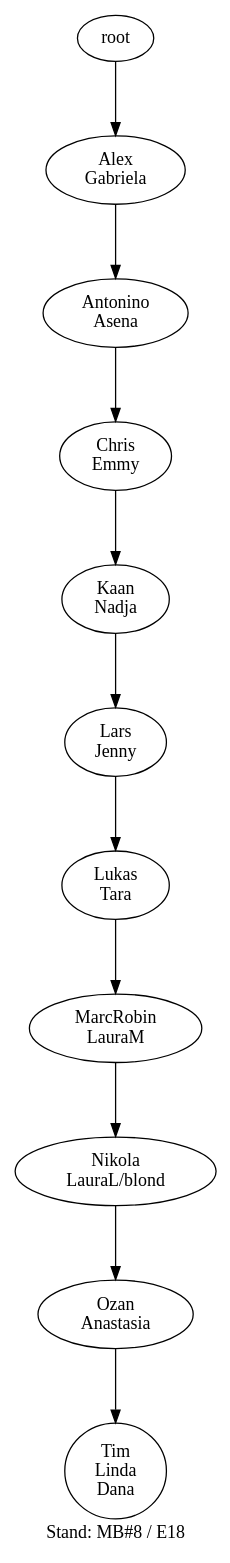
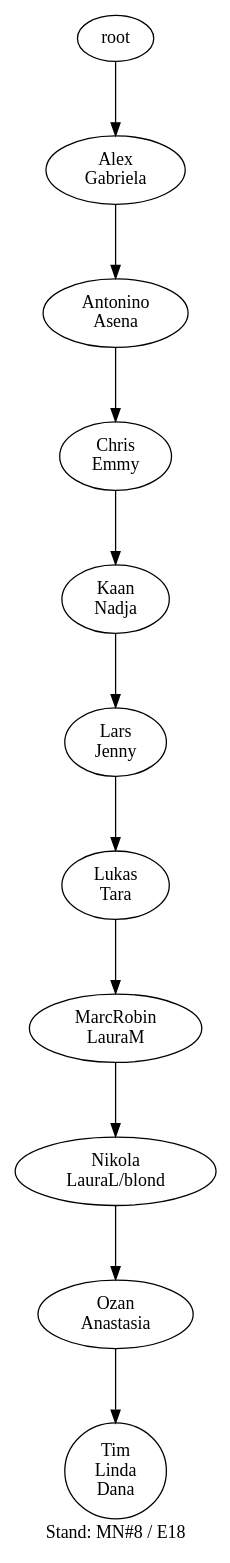
One commit to atticus-sullivan/sim-ayto changed the diagram in data/de04r/de04r_16_tree.dot. Above: the diagram before and after it, drawn with Graphviz. The commit also changed 88 other files, not shown here.

```diff
--- a/data/de04r/de04r_16_tree.dot
+++ b/data/de04r/de04r_16_tree.dot
@@ -1,22 +1,22 @@
-digraph D { labelloc="b"; label="Stand: MB#8 / E18"; ranksep=0.8;
+digraph D { labelloc="b"; label="Stand: MN#8 / E18"; ranksep=0.8;
 "root/3"[label="Alex\nGabriela"]
 "root" -> "root/3";
 "root/3/1"[label="Antonino\nAsena"]
 "root/3" -> "root/3/1";
 "root/3/1/2"[label="Chris\nEmmy"]
 "root/3/1" -> "root/3/1/2";
 "root/3/1/2/8"[label="Kaan\nNadja"]
 "root/3/1/2" -> "root/3/1/2/8";
 "root/3/1/2/8/4"[label="Lars\nJenny"]
 "root/3/1/2/8" -> "root/3/1/2/8/4";
 "root/3/1/2/8/4/9"[label="Lukas\nTara"]
 "root/3/1/2/8/4" -> "root/3/1/2/8/4/9";
 "root/3/1/2/8/4/9/6"[label="MarcRobin\nLauraM"]
 "root/3/1/2/8/4/9" -> "root/3/1/2/8/4/9/6";
 "root/3/1/2/8/4/9/6/5"[label="Nikola\nLauraL/blond"]
 "root/3/1/2/8/4/9/6" -> "root/3/1/2/8/4/9/6/5";
 "root/3/1/2/8/4/9/6/5/0"[label="Ozan\nAnastasia"]
 "root/3/1/2/8/4/9/6/5" -> "root/3/1/2/8/4/9/6/5/0";
 "root/3/1/2/8/4/9/6/5/0/7,10"[label="Tim\nLinda\nDana"]
 "root/3/1/2/8/4/9/6/5/0" -> "root/3/1/2/8/4/9/6/5/0/7,10";
 }
```
